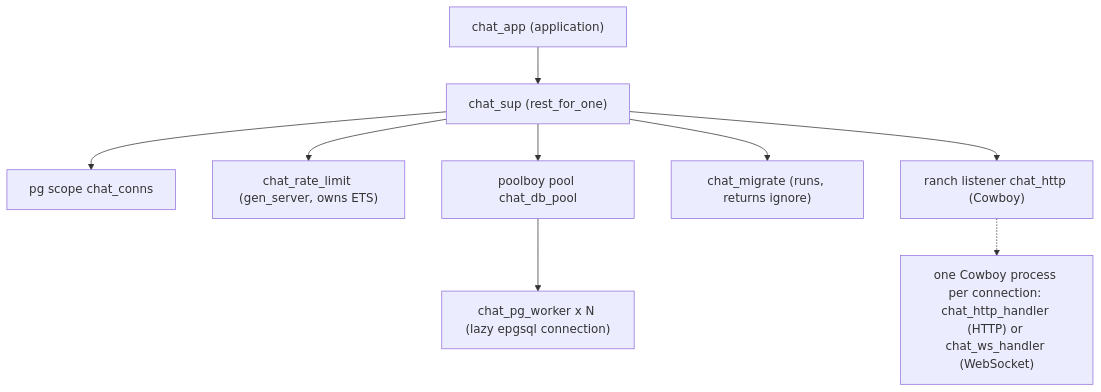
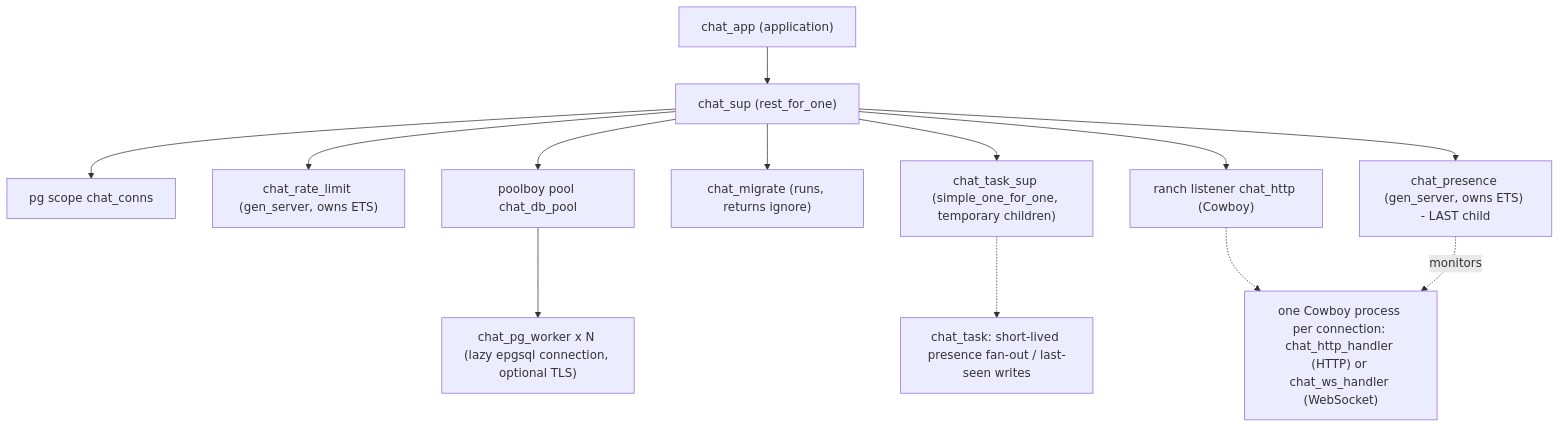
The diagram in docs/architecture.md (codewithchai0605/erlang-backend), drawn with Mermaid before and after one commit. The commit also changed other lines of this file and 132 other files, not shown here.

````diff
--- a/docs/architecture.md
+++ b/docs/architecture.md
@@ -7,11 +7,15 @@
 ```mermaid
 graph TD
   app["chat_app (application)"] --> sup["chat_sup (rest_for_one)"]
   sup --> pg["pg scope chat_conns"]
   sup --> rl["chat_rate_limit (gen_server, owns ETS)"]
   sup --> pool["poolboy pool chat_db_pool"]
-  pool --> w["chat_pg_worker x N (lazy epgsql connection)"]
+  pool --> w["chat_pg_worker x N (lazy epgsql connection, optional TLS)"]
   sup --> mig["chat_migrate (runs, returns ignore)"]
+  sup --> tsup["chat_task_sup (simple_one_for_one, temporary children)"]
+  tsup -.-> task["chat_task: short-lived presence fan-out / last-seen writes"]
   sup --> lst["ranch listener chat_http (Cowboy)"]
   lst -.-> conn["one Cowboy process per connection: chat_http_handler (HTTP) or chat_ws_handler (WebSocket)"]
+  sup --> pres["chat_presence (gen_server, owns ETS) - LAST child"]
+  pres -. monitors .-> conn
 ```
````
